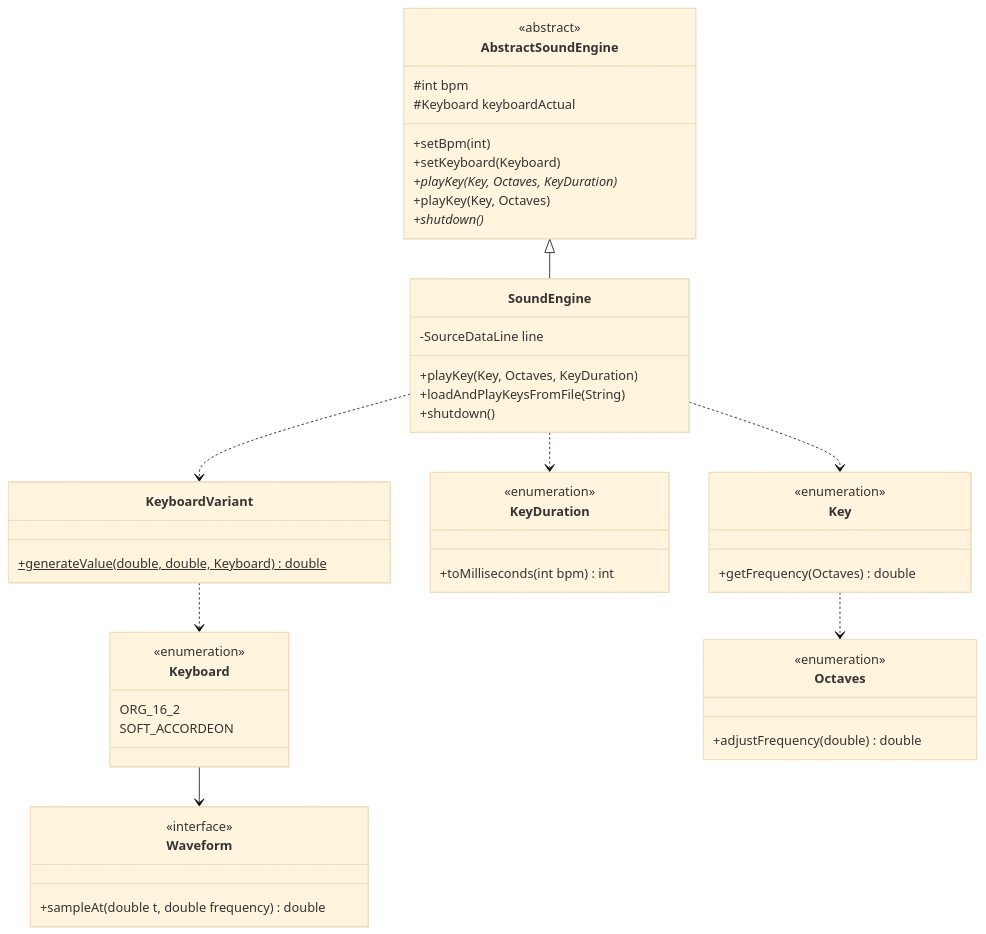
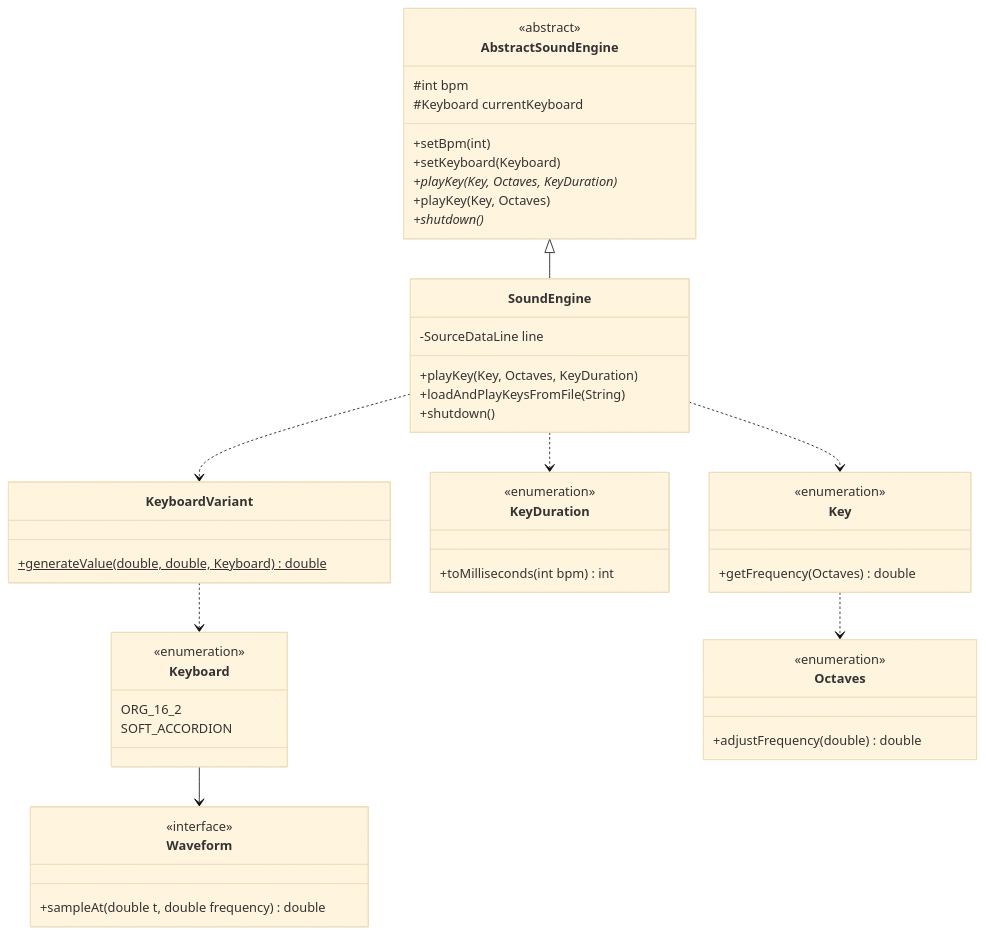
Before and after one commit to gilbertoanayam17/Sound-Wrapper: the second of 2 diagrams in README.md, drawn with Mermaid (base theme). The commit also changed other lines of this file, not shown here.

````diff
--- a/README.md
+++ b/README.md
@@ -200,51 +200,51 @@
 ```mermaid
 classDiagram
     class AbstractSoundEngine {
         <<abstract>>
         #int bpm
-        #Keyboard keyboardActual
+        #Keyboard currentKeyboard
         +setBpm(int)
         +setKeyboard(Keyboard)
         +playKey(Key, Octaves, KeyDuration)*
         +playKey(Key, Octaves)
         +shutdown()*
     }
     class SoundEngine {
         -SourceDataLine line
         +playKey(Key, Octaves, KeyDuration)
         +loadAndPlayKeysFromFile(String)
         +shutdown()
     }
     class Waveform {
         <<interface>>
         +sampleAt(double t, double frequency) double
     }
     class Keyboard {
         <<enumeration>>
         ORG_16_2
-        SOFT_ACCORDEON
+        SOFT_ACCORDION
     }
     class Key {
         <<enumeration>>
         +getFrequency(Octaves) double
     }
     class Octaves {
         <<enumeration>>
         +adjustFrequency(double) double
     }
     class KeyDuration {
         <<enumeration>>
         +toMilliseconds(int bpm) int
     }
     class KeyboardVariant {
         +generateValue(double, double, Keyboard)$ double
     }
 
     AbstractSoundEngine <|-- SoundEngine
     SoundEngine ..> KeyboardVariant
     SoundEngine ..> KeyDuration
     SoundEngine ..> Key
     KeyboardVariant ..> Keyboard
     Keyboard --> Waveform
     Key ..> Octaves
 ```
````
